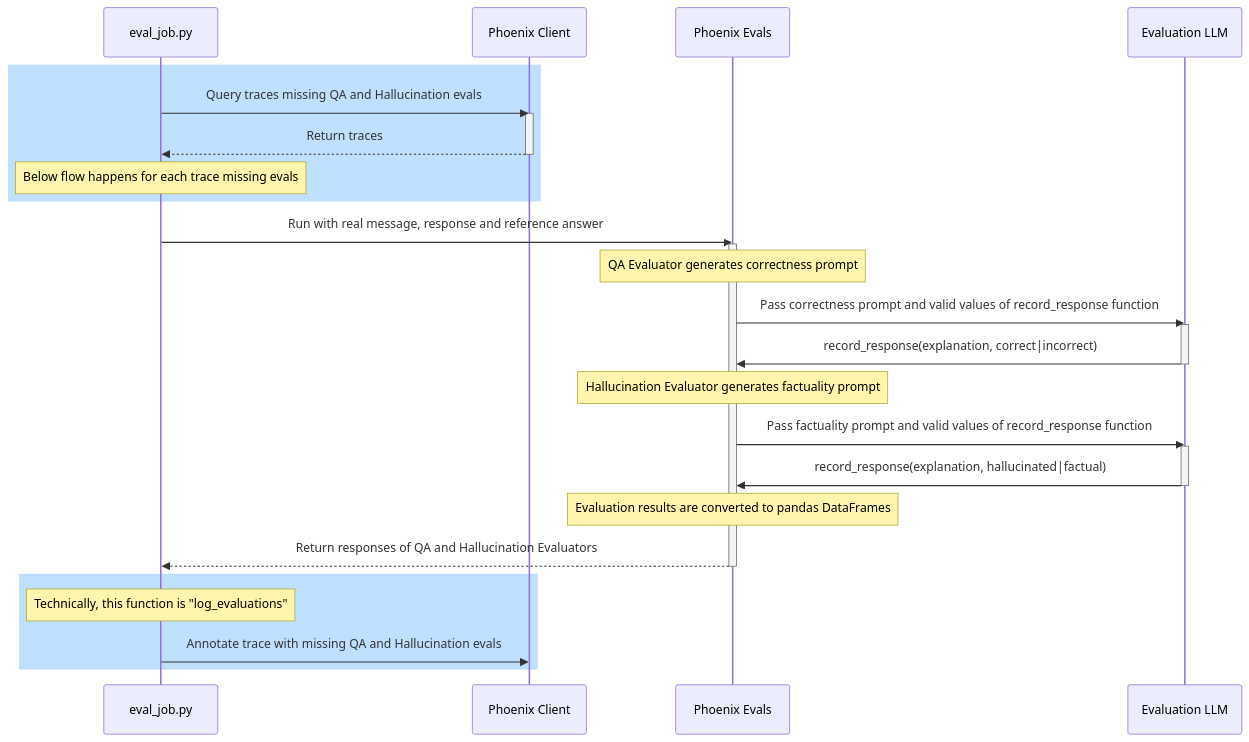
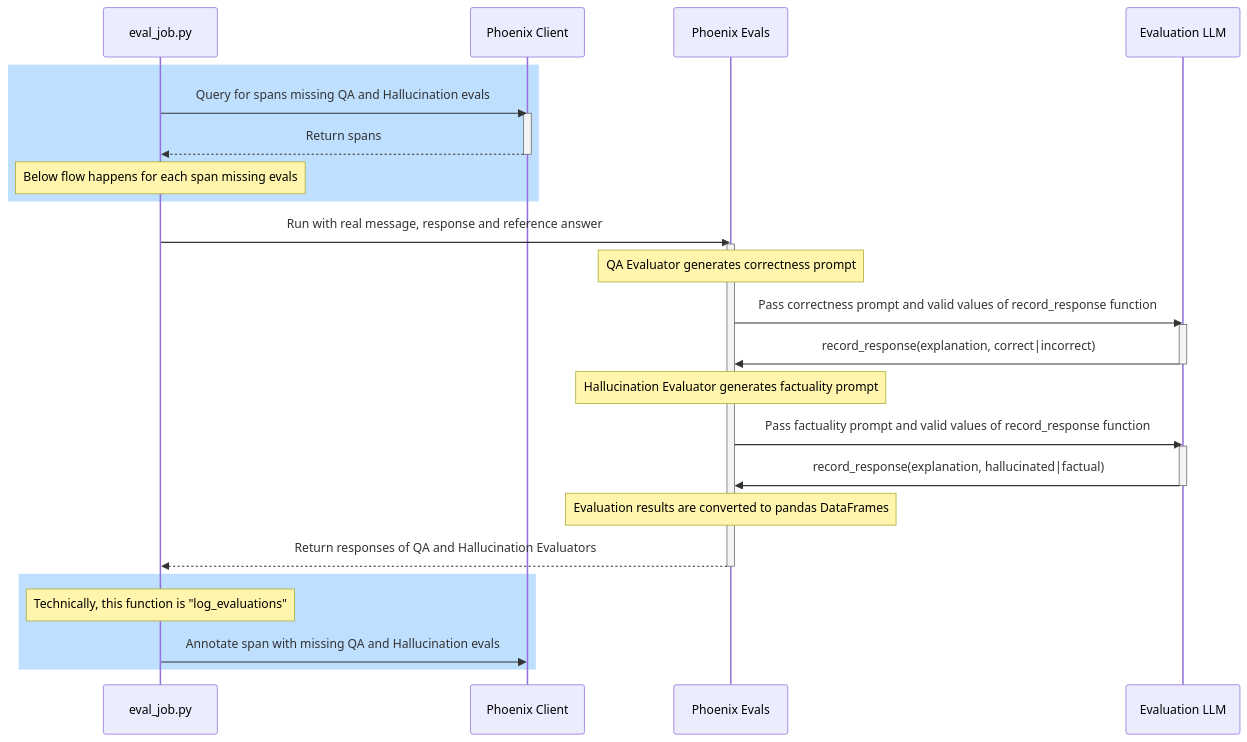
One commit to elastic/testing-genai-applications changed the diagram in 08-eval-platform/README.md. Above: the diagram before and after it, drawn with Mermaid. The commit also changed other lines of this file and 38 other files, not shown here.

````diff
--- a/08-eval-platform/README.md
+++ b/08-eval-platform/README.md
@@ -10,41 +10,41 @@
 ```mermaid
 sequenceDiagram
     participant Job as eval_job.py
     participant Client as Phoenix Client
     participant Evals as Phoenix Evals
     participant LLM as Evaluation LLM
 
     rect rgb(191, 223, 255)
-        Job ->> Client: Query traces missing QA and Hallucination evals
+        Job ->> Client: Query for spans missing QA and Hallucination evals
         activate Client
-        Client -->> Job: Return traces
+        Client -->> Job: Return spans
         deactivate Client
     
-        Note over Job: Below flow happens for each trace missing evals
+        Note over Job: Below flow happens for each span missing evals
     end
     Job ->> Evals: Run with real message, response and reference answer
     activate Evals
 
     Note over Evals: QA Evaluator generates correctness prompt
     Evals ->> LLM: Pass correctness prompt and valid values of record_response function
     
     activate LLM
     LLM ->> Evals: record_response(explanation, correct|incorrect)
     deactivate LLM
 
     Note over Evals: Hallucination Evaluator generates factuality prompt
     Evals ->> LLM: Pass factuality prompt and valid values of record_response function
 
     activate LLM
     LLM ->> Evals: record_response(explanation, hallucinated|factual)
     deactivate LLM
 
     Note over Evals: Evaluation results are converted to pandas DataFrames
     Evals-->>Job: Return responses of QA and Hallucination Evaluators
     deactivate Evals
 
     rect rgb(191, 223, 255)
         Note over Job: Technically, this function is "log_evaluations"
-        Job ->> Client: Annotate trace with missing QA and Hallucination evals
+        Job ->> Client: Annotate span with missing QA and Hallucination evals
     end
 ```
````
